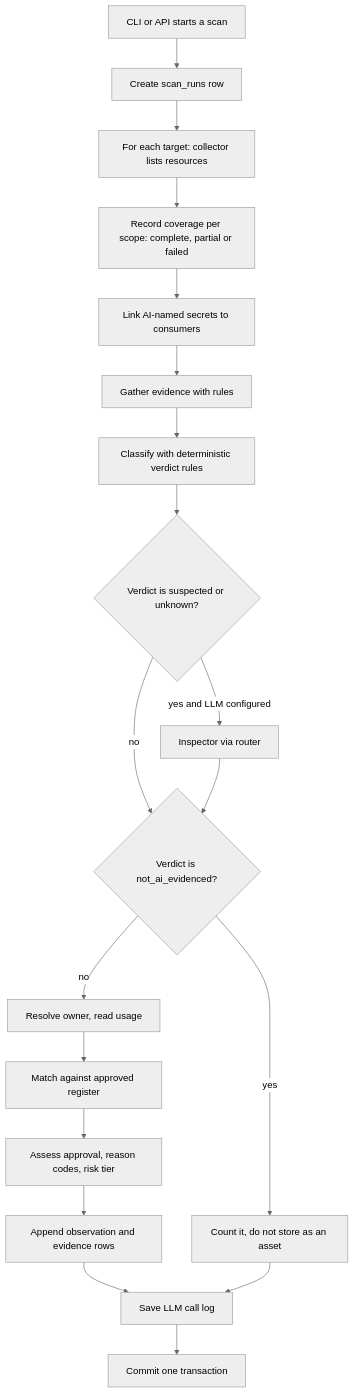
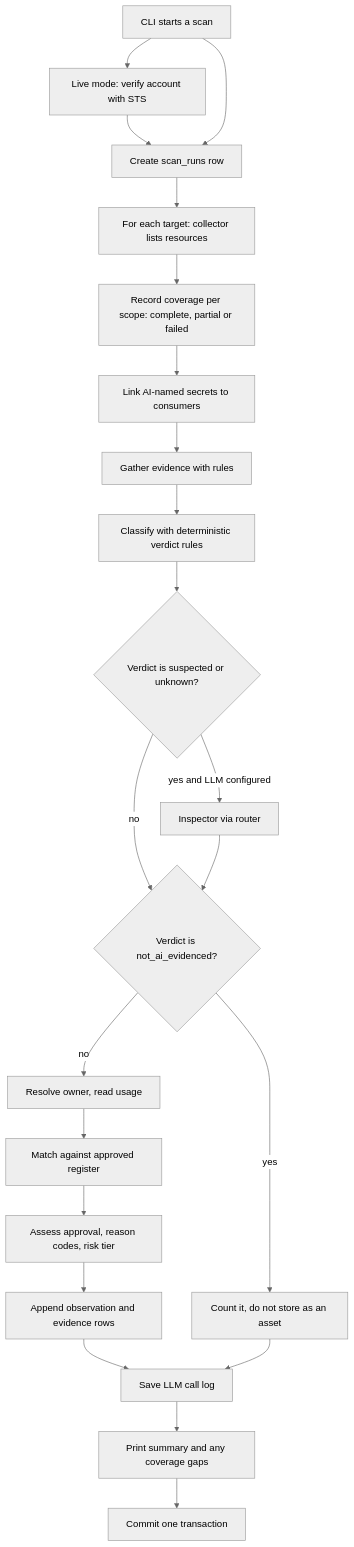
One commit to SahilArate/cloud-AI-discovery-agent changed the second of 4 diagrams in README.md. Above: the diagram before and after it, drawn with Mermaid (neutral theme). The commit also changed other lines of this file and 3 other files, not shown here.

````diff
--- a/README.md
+++ b/README.md
@@ -94,21 +141,24 @@
 ```mermaid
 flowchart TD
-    A["CLI or API starts a scan"] --> B["Create scan_runs row"]
+    A["CLI starts a scan"] --> A2["Live mode: verify account with STS"]
+    A2 --> B["Create scan_runs row"]
+    A --> B
     B --> C["For each target: collector lists resources"]
     C --> D["Record coverage per scope: complete, partial or failed"]
     D --> E["Link AI-named secrets to consumers"]
     E --> F["Gather evidence with rules"]
     F --> G["Classify with deterministic verdict rules"]
     G --> H{"Verdict is suspected or unknown?"}
     H -- "yes and LLM configured" --> I["Inspector via router"]
     H -- "no" --> J
     I --> J{"Verdict is not_ai_evidenced?"}
     J -- "yes" --> K["Count it, do not store as an asset"]
     J -- "no" --> L["Resolve owner, read usage"]
     L --> M["Match against approved register"]
     M --> N["Assess approval, reason codes, risk tier"]
     N --> O["Append observation and evidence rows"]
     O --> P["Save LLM call log"]
     K --> P
-    P --> Q["Commit one transaction"]
+    P --> Q["Print summary and any coverage gaps"]
+    Q --> R["Commit one transaction"]
 ```
````
